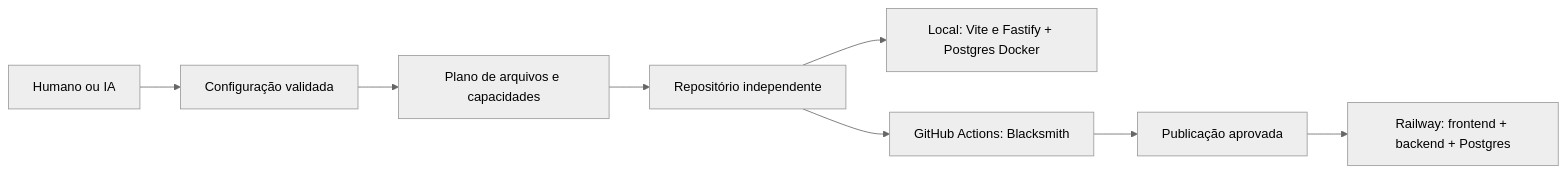
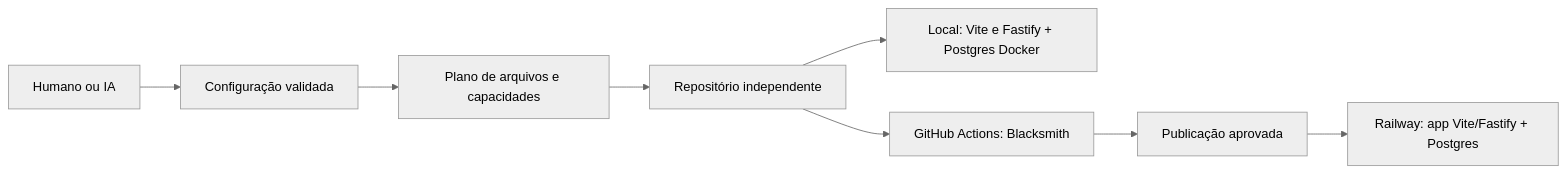
The diagram in docs/specs/renova-project-template/design.md (Renova-AI-Tech/renova-template), drawn with Mermaid (neutral theme) before and after one commit. The commit also changed other lines of this file and 59 other files, not shown here.

````diff
--- a/docs/specs/renova-project-template/design.md
+++ b/docs/specs/renova-project-template/design.md
@@ -32,10 +34,10 @@
 ```mermaid
 flowchart LR
   U[Humano ou IA] --> C[Configuração validada]
   C --> P[Plano de arquivos e capacidades]
   P --> R[Repositório independente]
   R --> L[Local: Vite e Fastify + Postgres Docker]
   R --> G[GitHub Actions: Blacksmith]
   G --> D[Publicação aprovada]
-  D --> W[Railway: frontend + backend + Postgres]
+  D --> W[Railway: app Vite/Fastify + Postgres]
 ```
````
